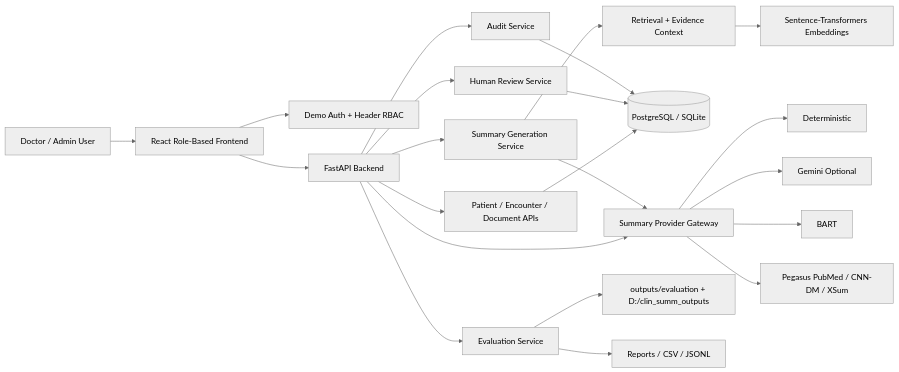
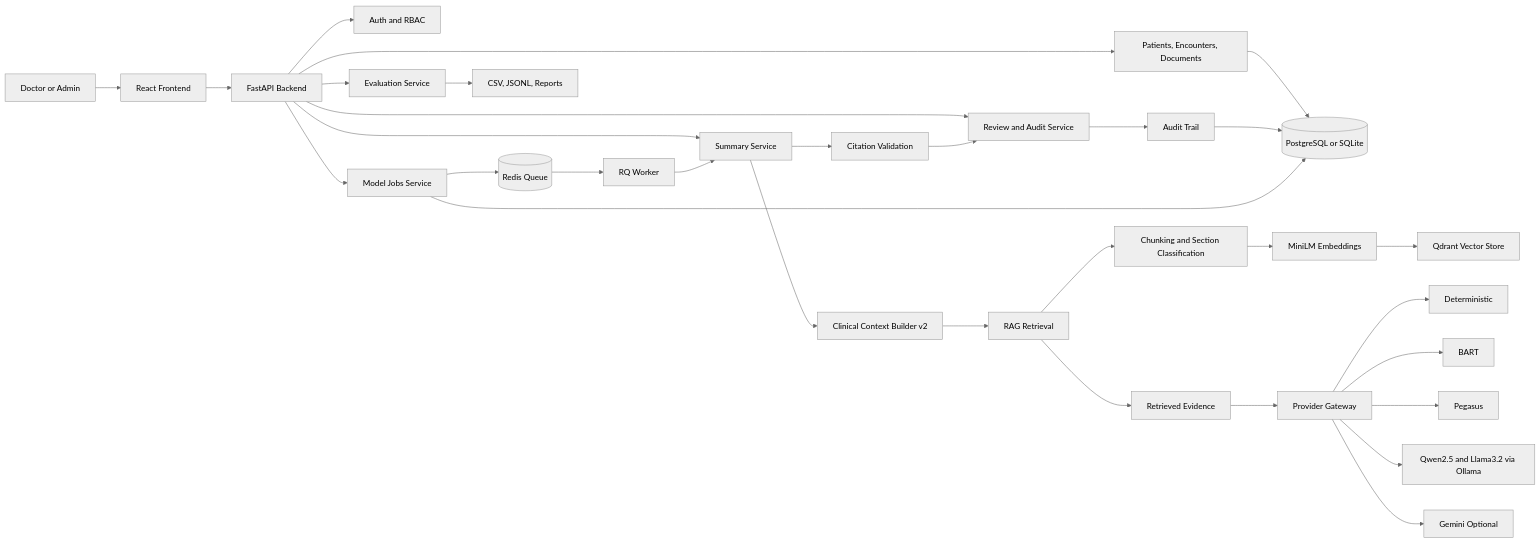
The diagram in README.md (104221795/Medical_Record_Summarization), drawn with Mermaid (neutral theme) before and after one commit. The commit also changed other lines of this file and 71 other files, not shown here.

````diff
--- a/README.md
+++ b/README.md
@@ -41,27 +47,39 @@
 ```mermaid
 flowchart LR
-    User[Doctor / Admin User] --> FE[React Role-Based Frontend]
-    FE --> Auth[Demo Auth + Header RBAC]
+    User[Doctor or Admin] --> FE[React Frontend]
     FE --> API[FastAPI Backend]
 
-    API --> Patients[Patient / Encounter / Document APIs]
-    API --> Summary[Summary Generation Service]
-    API --> Review[Human Review Service]
-    API --> Audit[Audit Service]
+    API --> Auth[Auth and RBAC]
+    API --> Patients[Patients, Encounters, Documents]
+    API --> Summary[Summary Service]
+    API --> Review[Review and Audit Service]
     API --> Eval[Evaluation Service]
-    API --> Gateway[Summary Provider Gateway]
+    API --> Jobs[Model Jobs Service]
 
-    Patients --> DB[(PostgreSQL / SQLite)]
-    Summary --> Retrieval[Retrieval + Evidence Context]
-    Retrieval --> Embeddings[Sentence-Transformers Embeddings]
-    Summary --> Gateway
-    Gateway --> Deterministic[Deterministic]
-    Gateway --> Gemini[Gemini Optional]
-    Gateway --> BART[BART]
-    Gateway --> Pegasus[Pegasus PubMed / CNN-DM / XSum]
+    Patients --> DB[(PostgreSQL or SQLite)]
+    Summary --> Context[Clinical Context Builder v2]
+    Context --> Retrieval[RAG Retrieval]
+    Retrieval --> Chunking[Chunking and Section Classification]
+    Chunking --> MiniLM[MiniLM Embeddings]
+    MiniLM --> VectorStore[Qdrant Vector Store]
+    Retrieval --> Evidence[Retrieved Evidence]
+    Evidence --> Providers[Provider Gateway]
 
-    Review --> DB
+    Providers --> Deterministic[Deterministic]
+    Providers --> BART[BART]
+    Providers --> Pegasus[Pegasus]
+    Providers --> Ollama[Qwen2.5 and Llama3.2 via Ollama]
+    Providers --> Gemini[Gemini Optional]
+
+    Summary --> Citations[Citation Validation]
+    Citations --> Review
+    Review --> Audit[Audit Trail]
     Audit --> DB
-    Eval --> Outputs[outputs/evaluation + D:/clin_summ_outputs]
-    Eval --> Reports[Reports / CSV / JSONL]
+
+    Jobs --> Redis[(Redis Queue)]
+    Redis --> Worker[RQ Worker]
+    Worker --> Summary
+    Jobs --> DB
+
+    Eval --> Artifacts[CSV, JSONL, Reports]
 ```
````
